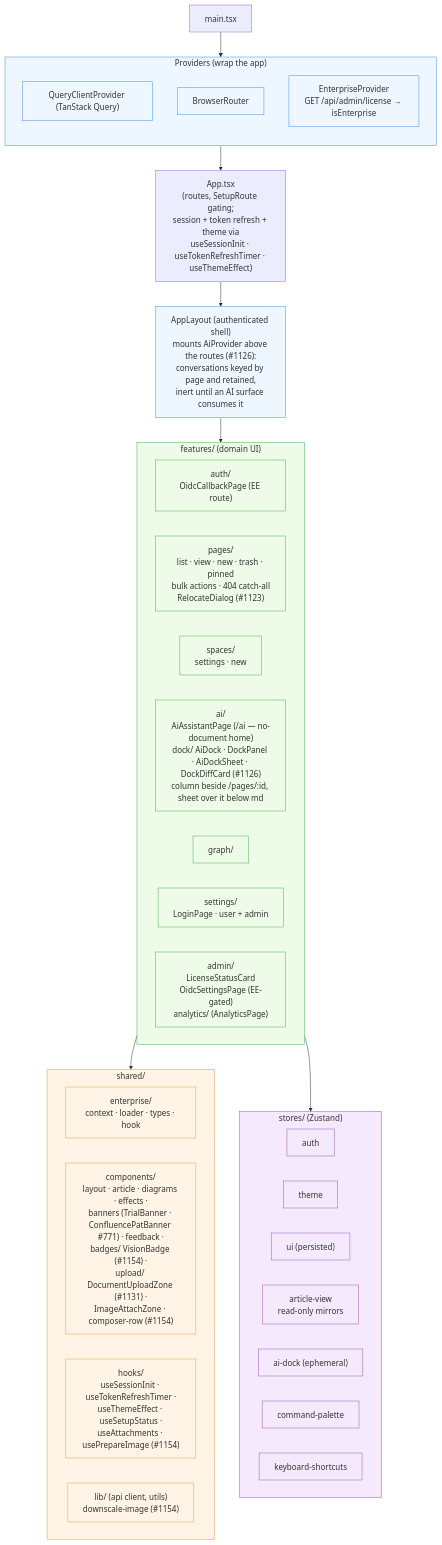
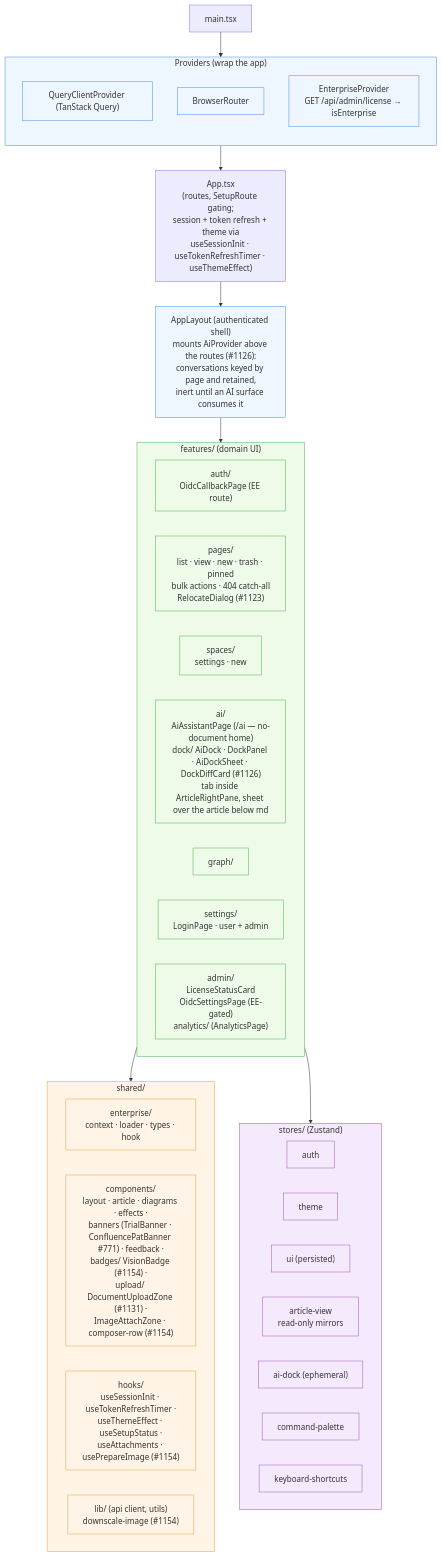
The first of 5 diagrams in docs/architecture/04-frontend-structure.md (Compendiq/compendiq-ce), drawn with Mermaid before and after one commit. The commit also changed other lines of this file and 15 other files, not shown here.

````diff
--- a/docs/architecture/04-frontend-structure.md
+++ b/docs/architecture/04-frontend-structure.md
@@ -8,59 +8,59 @@
 ```mermaid
 flowchart TB
     main["main.tsx"]
 
     subgraph providers["Providers (wrap the app)"]
         direction TB
         qp["QueryClientProvider (TanStack Query)"]
         rp["BrowserRouter"]
         ep["EnterpriseProvider<br/>GET /api/admin/license → isEnterprise"]
     end
 
     main --> providers
     providers --> app["App.tsx<br/>(routes, SetupRoute gating;<br/>session + token refresh + theme via<br/>useSessionInit · useTokenRefreshTimer · useThemeEffect)"]
 
     subgraph features["features/ (domain UI)"]
         direction LR
         fAuth["auth/<br/>OidcCallbackPage (EE route)"]
         fPages["pages/<br/>list · view · new · trash · pinned<br/>bulk actions · 404 catch-all<br/>RelocateDialog (#1123)"]
         fSpaces["spaces/<br/>settings · new"]
-        fAI["ai/<br/>AiAssistantPage (/ai — no-document home)<br/>dock/ AiDock · DockPanel · AiDockSheet · DockDiffCard (#1126)<br/>column beside /pages/:id, sheet over it below md"]
+        fAI["ai/<br/>AiAssistantPage (/ai — no-document home)<br/>dock/ AiDock · DockPanel · AiDockSheet · DockDiffCard (#1126)<br/>tab inside ArticleRightPane, sheet over the article below md"]
         fGraph["graph/"]
         fSettings["settings/<br/>LoginPage · user + admin"]
         fAdmin["admin/<br/>LicenseStatusCard<br/>OidcSettingsPage (EE-gated)<br/>analytics/ (AnalyticsPage)"]
     end
 
     app --> shell["AppLayout (authenticated shell)<br/>mounts AiProvider above the routes (#1126):<br/>conversations keyed by page and retained,<br/>inert until an AI surface consumes it"]
     shell --> features
 
     subgraph shared["shared/"]
         direction LR
         sEnt["enterprise/<br/>context · loader · types · hook"]
         sComp["components/<br/>layout · article · diagrams · effects ·<br/>banners (TrialBanner · ConfluencePatBanner #771) · feedback ·<br/>badges/ VisionBadge (#1154) ·<br/>upload/ DocumentUploadZone (#1131) ·<br/>ImageAttachZone · composer-row (#1154)"]
         sHooks["hooks/<br/>useSessionInit · useTokenRefreshTimer ·<br/>useThemeEffect · useSetupStatus ·<br/>useAttachments · usePrepareImage (#1154)"]
         sLib["lib/ (api client, utils)<br/>downscale-image (#1154)"]
     end
 
     features --> shared
 
     subgraph stores["stores/ (Zustand)"]
         zAuth["auth"]
         zTheme["theme"]
         zUI["ui (persisted)"]
         zAV["article-view<br/>read-only mirrors"]
         zDock["ai-dock (ephemeral)"]
         zCmd["command-palette"]
         zKb["keyboard-shortcuts"]
     end
 
     features --> stores
 
     classDef prov fill:#eef6ff,stroke:#4a90e2
     classDef feat fill:#eefbe8,stroke:#4caf50
     classDef sh fill:#fff4e5,stroke:#e5a23c
     classDef st fill:#f5eafd,stroke:#9b59b6
     class providers,qp,rp,ep,shell prov
     class features,fAuth,fPages,fSpaces,fAI,fGraph,fSettings,fAdmin feat
     class shared,sEnt,sComp,sHooks,sLib sh
     class stores,zAuth,zTheme,zUI,zAV,zDock,zCmd,zKb st
 ```
````
